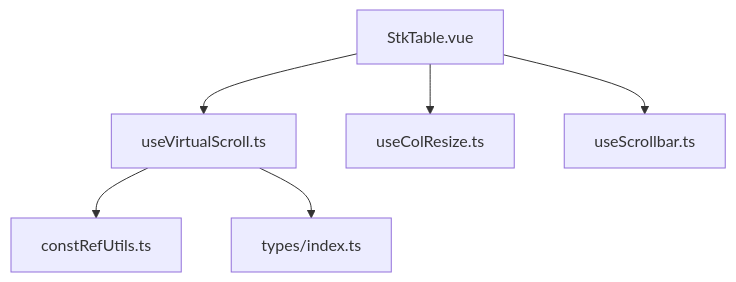
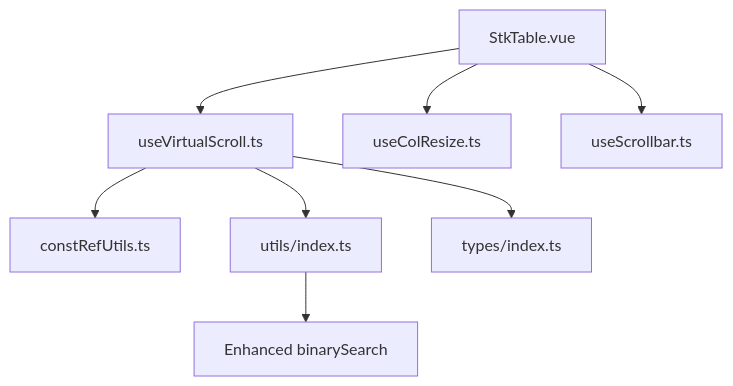
Before and after one commit to ja-plus/stk-table-vue: diagram 12 of 12 in .qoder/repowiki/en/content/Advanced Features/Virtual Scrolling/Horizontal Virtual Scrolling.md, drawn with Mermaid. The commit also changed other lines of this file and 7 other files, not shown here.

````diff
--- a/.qoder/repowiki/en/content/Advanced Features/Virtual Scrolling/Horizontal Virtual Scrolling.md
+++ b/.qoder/repowiki/en/content/Advanced Features/Virtual Scrolling/Horizontal Virtual Scrolling.md
@@ -295,8 +463,10 @@
 ```mermaid
 graph TB
 VSC["useVirtualScroll.ts"] --> CRCU["constRefUtils.ts"]
+VSC --> UTILS["utils/index.ts"]
 VSC --> TYPES["types/index.ts"]
 STK["StkTable.vue"] --> VSC
 STK --> CR["useColResize.ts"]
 STK --> SB["useScrollbar.ts"]
+UTILS --> BSEARCH["Enhanced binarySearch"]
 ```
````
